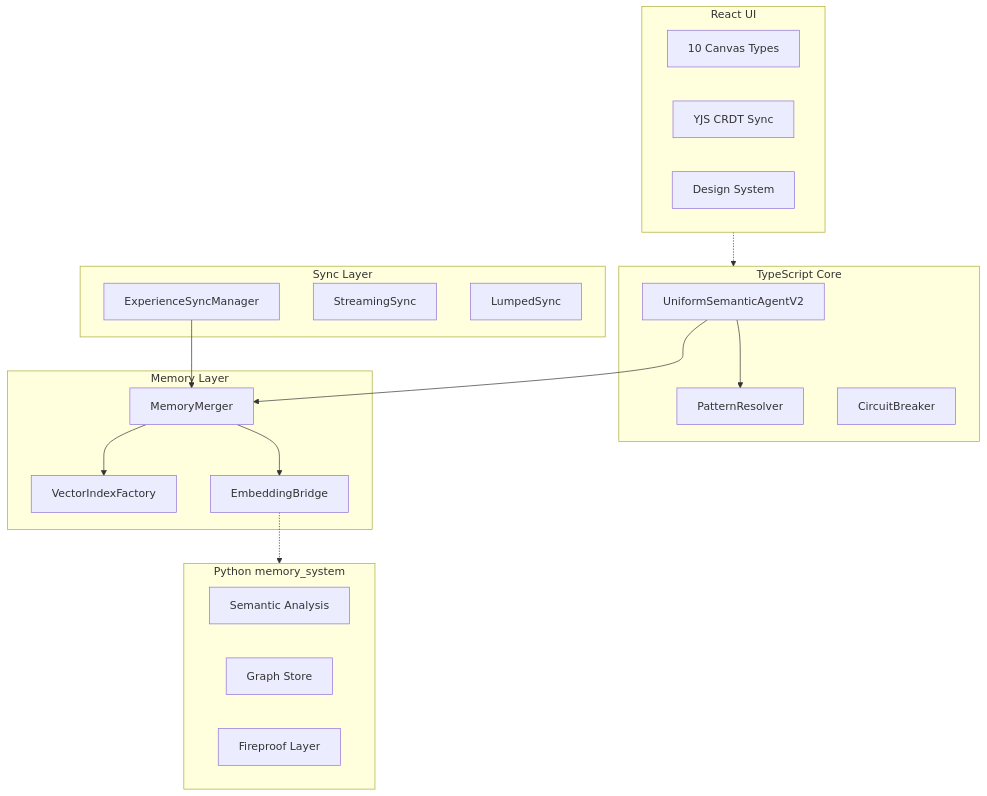
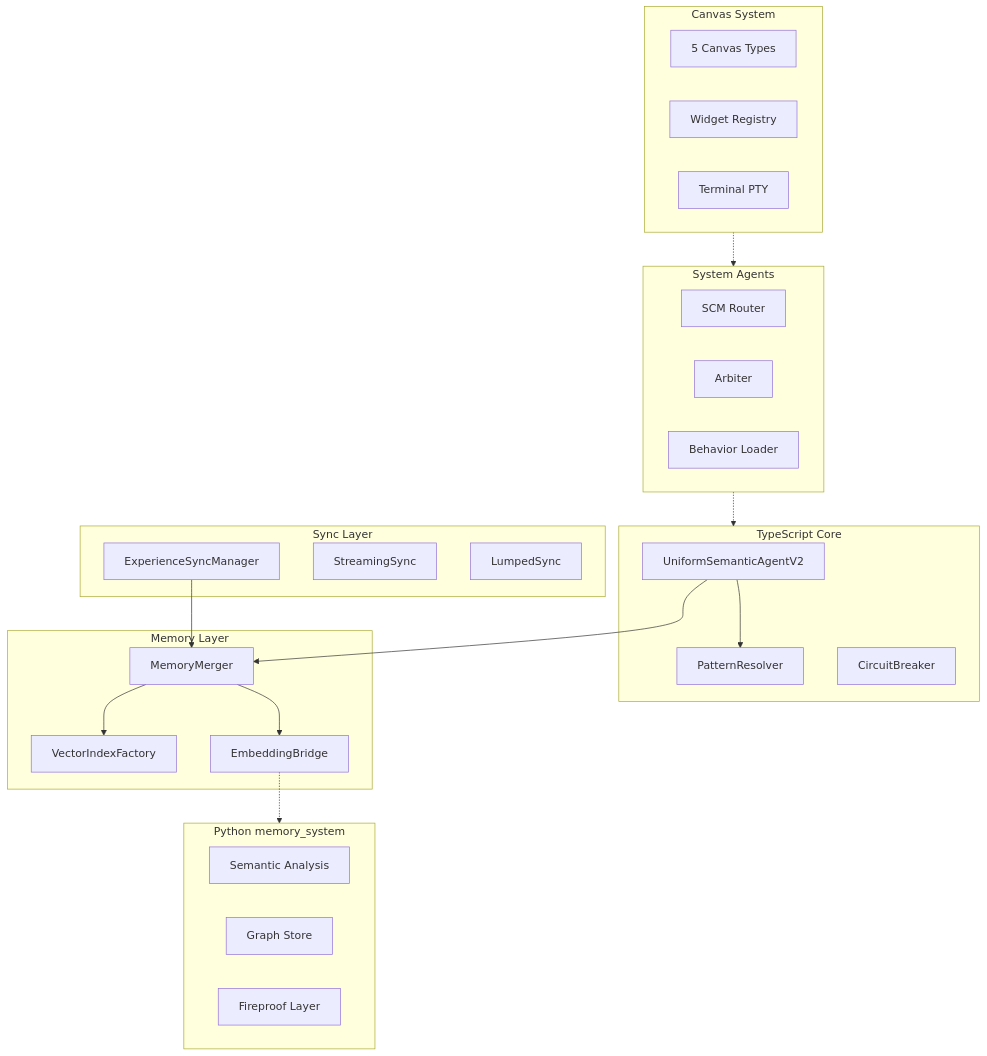
Before and after one commit to Replicant-Partners/Chrysalis: the diagram in docs/STATUS.md, drawn with Mermaid. The commit also changed other lines of this file and 77 other files, not shown here.

````diff
--- a/docs/STATUS.md
+++ b/docs/STATUS.md
@@ -114,40 +119,47 @@
 ```mermaid
 flowchart TB
     subgraph Core[TypeScript Core]
         USA[UniformSemanticAgentV2]
         PR[PatternResolver]
         CB[CircuitBreaker]
     end
 
     subgraph Memory[Memory Layer]
         MM[MemoryMerger]
         VIF[VectorIndexFactory]
         EB[EmbeddingBridge]
     end
 
     subgraph Sync[Sync Layer]
         ESM[ExperienceSyncManager]
         SS[StreamingSync]
         LS[LumpedSync]
     end
 
     subgraph Python[Python memory_system]
         SEM[Semantic Analysis]
         GR[Graph Store]
         FP[Fireproof Layer]
     end
 
-    subgraph UI[React UI]
-        CVS[10 Canvas Types]
-        YJS[YJS CRDT Sync]
-        DS[Design System]
+    subgraph Canvas[Canvas System]
+        CVS[5 Canvas Types]
+        WGT[Widget Registry]
+        PTY[Terminal PTY]
+    end
+
+    subgraph Agents[System Agents]
+        SCM[SCM Router]
+        ARB[Arbiter]
+        BEH[Behavior Loader]
     end
 
     USA --> PR
     USA --> MM
     MM --> VIF
     MM --> EB
     ESM --> MM
     EB -.-> Python
-    UI -.-> Core
+    Canvas -.-> Agents
+    Agents -.-> Core
 ```
````
